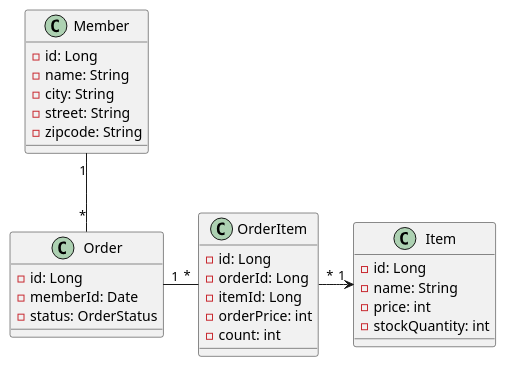
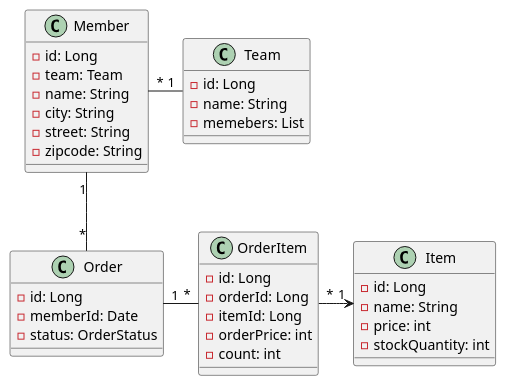
One commit to chulgil/jpastart changed the diagram in jpastart.puml. Above: the diagram before and after it, drawn with PlantUML. The commit also changed 8 other files, not shown here.

```diff
--- a/jpastart.puml
+++ b/jpastart.puml
@@ -1,35 +1,42 @@
 @startuml
 class Member {
     - id: Long
+    - team: Team
     - name: String
     - city: String
     - street: String
     - zipcode: String
+}
+
+class Team {
+    - id: Long
+    - name: String
+    - memebers: List
 }
 
 class Order {
     - id: Long
     - memberId: Date
     - status: OrderStatus
 }
 
 class OrderItem {
     - id: Long
     - orderId: Long
     - itemId: Long
     - orderPrice: int
     - count: int
 }
 
 class Item {
     - id: Long
     - name: String
     - price: int
     - stockQuantity: int
 }
-
+Member "*" - "1" Team
 Member "1" -- "*" Order
 Order "1" - "*" OrderItem
 OrderItem "*" -> "1" Item
 
 @enduml
```
